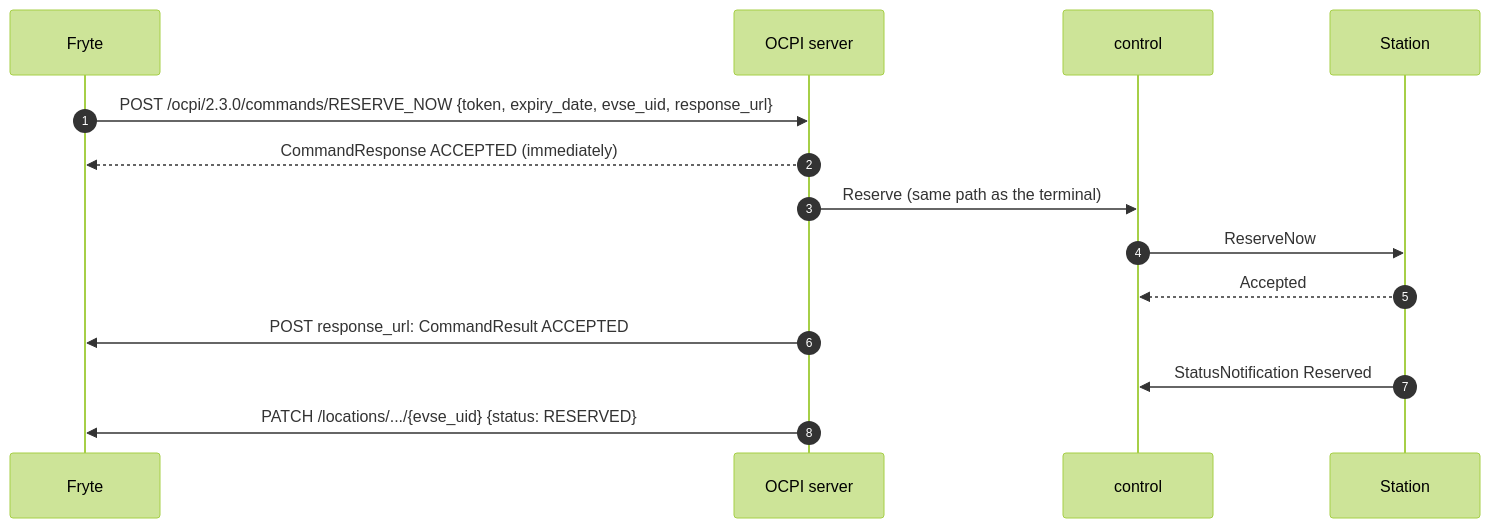
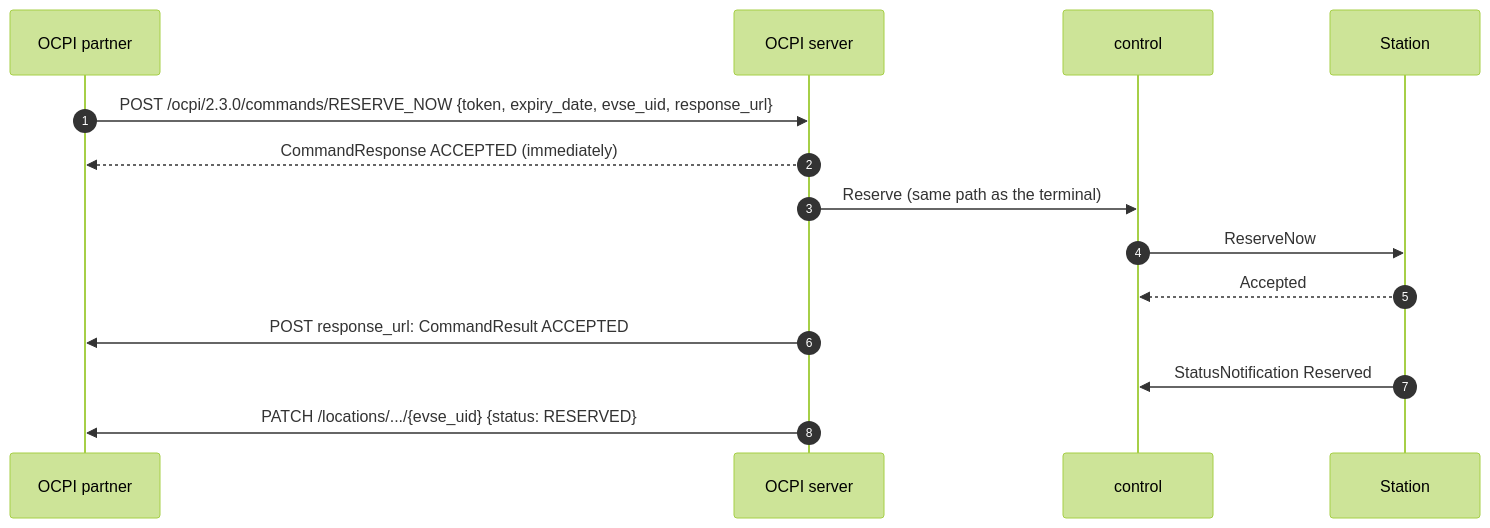
One commit to wolffseb/headless-csms changed the eighth of 8 diagrams in README.md. Above: the diagram before and after it, drawn with Mermaid (forest theme). The commit also changed other lines of this file and 3 other files, not shown here.

First line of the commit message:
Replace remaining Fryte mentions with neutral OCPI partner wording

````diff
--- a/README.md
+++ b/README.md
@@ -1103,17 +1103,17 @@
 ```mermaid
 sequenceDiagram
     autonumber
-    participant F as Fryte
+    participant P as OCPI partner
     participant O as OCPI server
     participant Ctl as control
     participant St as Station
 
-    F->>O: POST /ocpi/2.3.0/commands/RESERVE_NOW {token, expiry_date, evse_uid, response_url}
-    O-->>F: CommandResponse ACCEPTED (immediately)
+    P->>O: POST /ocpi/2.3.0/commands/RESERVE_NOW {token, expiry_date, evse_uid, response_url}
+    O-->>P: CommandResponse ACCEPTED (immediately)
     O->>Ctl: Reserve (same path as the terminal)
     Ctl->>St: ReserveNow
     St-->>Ctl: Accepted
-    O->>F: POST response_url: CommandResult ACCEPTED
+    O->>P: POST response_url: CommandResult ACCEPTED
     St->>Ctl: StatusNotification Reserved
-    O->>F: PATCH /locations/.../{evse_uid} {status: RESERVED}
+    O->>P: PATCH /locations/.../{evse_uid} {status: RESERVED}
 ```
````
